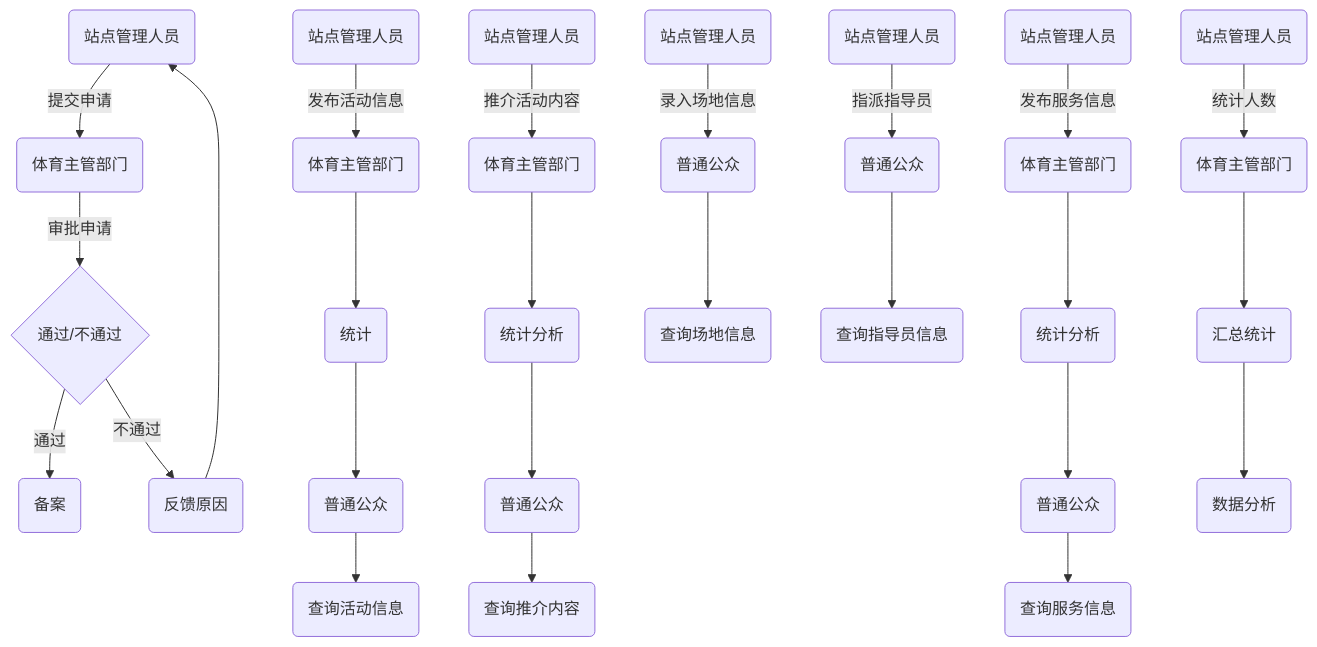
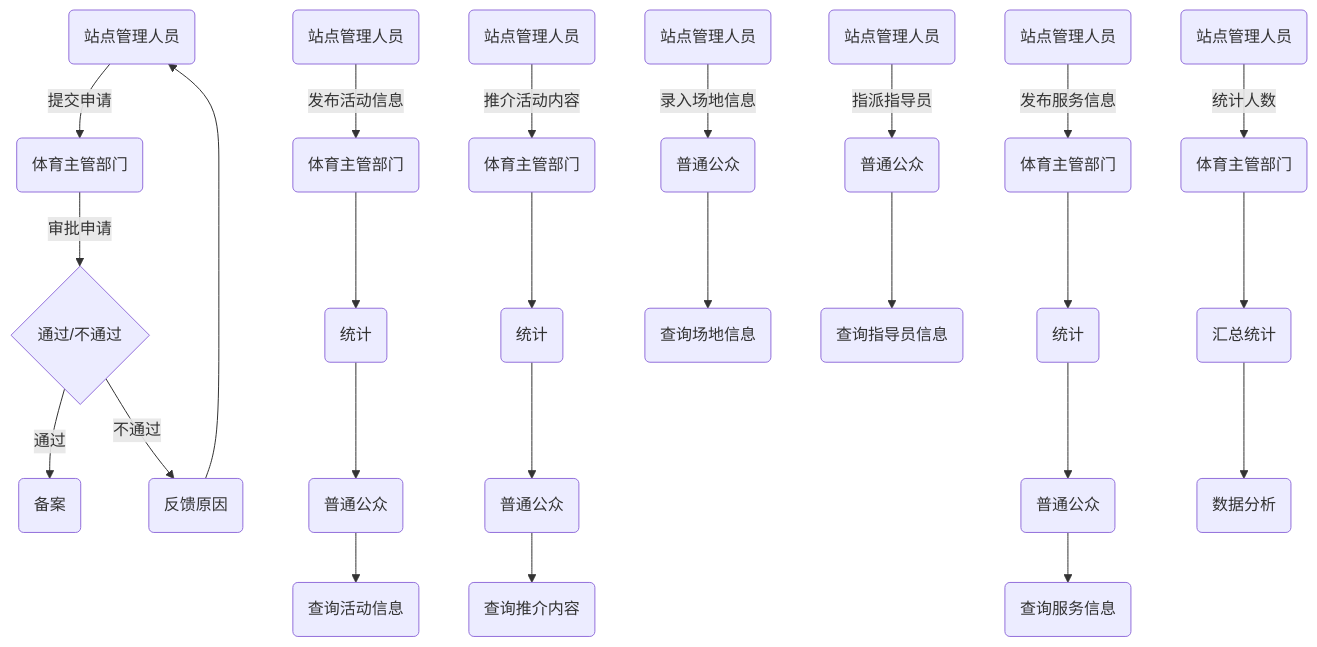
Before and after one commit to miaozjs/iodraw-files: the diagram in all/未命名-1.md, drawn with Mermaid.

Commit message:
2024-06-13 17:35:25 update

````diff
--- a/all/未命名-1.md
+++ b/all/未命名-1.md
@@ -1,34 +1,34 @@
 ```mermaid
 graph TD
     A1(站点管理人员) -->|提交申请| A2(体育主管部门)
     A2 -->|审批申请| A3{通过/不通过}
     A3 -->|通过| A4(备案)
     A3 -->|不通过| A5(反馈原因)
     A5 --> A1
 
     B1(站点管理人员) -->|发布活动信息| B2(体育主管部门)
     B2 --> B3(统计)
     B3 --> B4(普通公众)
     B4 --> B5(查询活动信息)
 
     C1(站点管理人员) -->|推介活动内容| C2(体育主管部门)
-    C2 --> C3(统计分析)
+    C2 --> C3(统计)
     C3 --> C4(普通公众)
     C4 --> C5(查询推介内容)
 
     D1(站点管理人员) -->|发布服务信息| D2(体育主管部门)
-    D2 --> D3(统计分析)
+    D2 --> D3(统计)
     D3 --> D4(普通公众)
     D4 --> D5(查询服务信息)
 
     E1(站点管理人员) -->|录入场地信息| E4(普通公众)
     E4 --> E6(查询场地信息)
 
     F1(站点管理人员) -->|指派指导员| F4(普通公众)
     F4 --> F6(查询指导员信息)
 
     G1(站点管理人员) -->|统计人数| G2(体育主管部门)
     G2 --> G3(汇总统计)
     G3 --> G4(数据分析)
 
 ```
````
